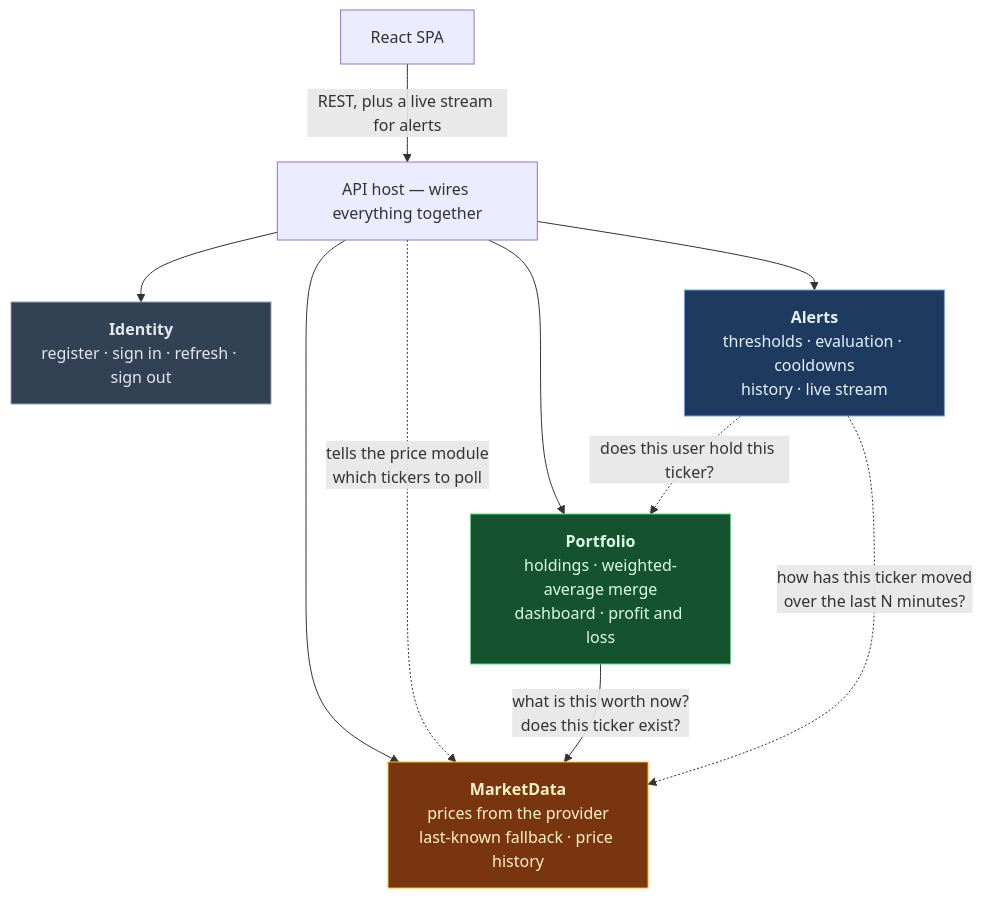
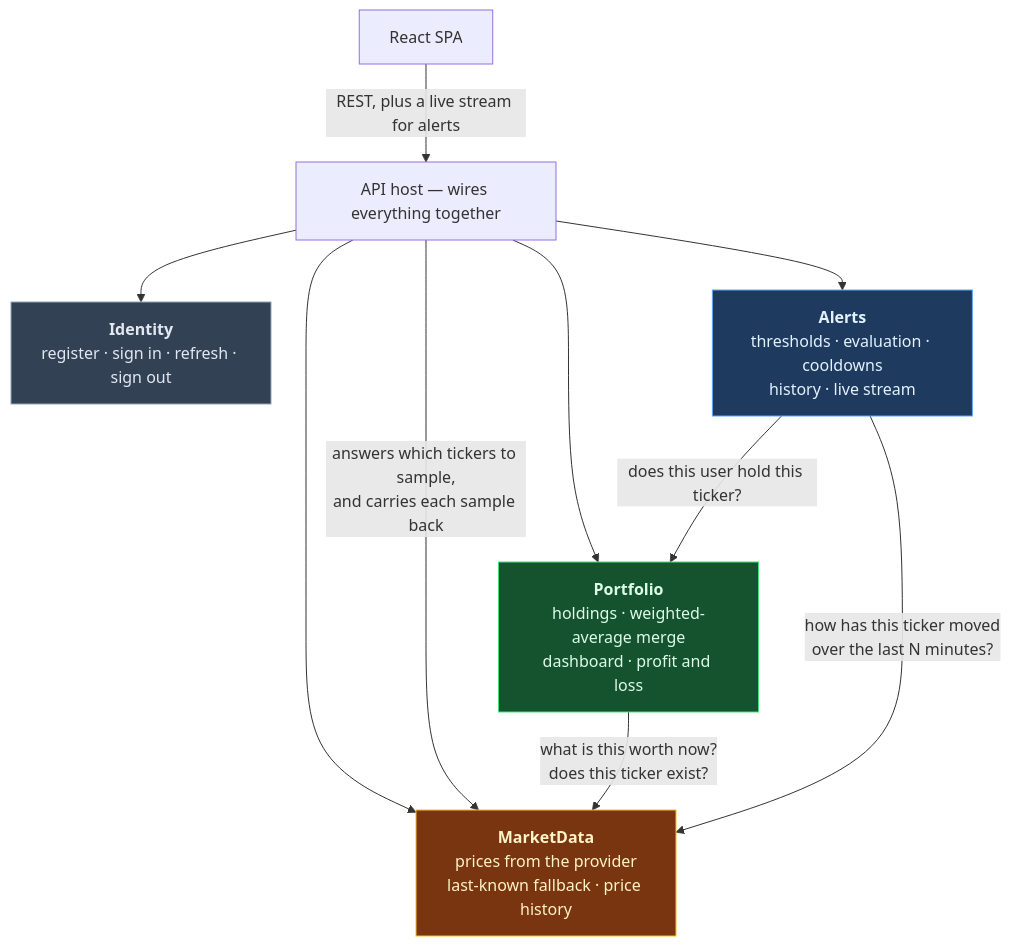
The first of 2 diagrams in docs/reference/module-boundaries.md (Dilicidum/StockPortfolio), drawn with Mermaid before and after one commit. The commit also changed other lines of this file and 191 other files, not shown here.

````diff
--- a/docs/reference/module-boundaries.md
+++ b/docs/reference/module-boundaries.md
@@ -42,26 +41,26 @@
 ```mermaid
 flowchart TB
     WEB["React SPA"]
     HOST["API host — wires everything together"]
 
     ID["<b>Identity</b><br/>register · sign in · refresh · sign out"]
     PF["<b>Portfolio</b><br/>holdings · weighted-average merge<br/>dashboard · profit and loss"]
     MD["<b>MarketData</b><br/>prices from the provider<br/>last-known fallback · price history"]
     AL["<b>Alerts</b><br/>thresholds · evaluation · cooldowns<br/>history · live stream"]
 
     WEB -->|"REST, plus a live stream for alerts"| HOST
     HOST --> ID
     HOST --> PF
     HOST --> MD
     HOST --> AL
-    HOST -.->|"tells the price module<br/>which tickers to poll"| MD
+    HOST -->|"answers which tickers to sample,<br/>and carries each sample back"| MD
 
     PF -->|"what is this worth now?<br/>does this ticker exist?"| MD
-    AL -.->|"does this user hold this ticker?"| PF
-    AL -.->|"how has this ticker moved<br/>over the last N minutes?"| MD
+    AL -->|"does this user hold this ticker?"| PF
+    AL -->|"how has this ticker moved<br/>over the last N minutes?"| MD
 
     style PF fill:#14532d,stroke:#4ade80,color:#dcfce7
     style AL fill:#1e3a5f,stroke:#60a5fa,color:#e3f2fd
     style MD fill:#78350f,stroke:#fbbf24,color:#fef3c7
     style ID fill:#334155,stroke:#94a3b8,color:#e2e8f0
 ```
````
